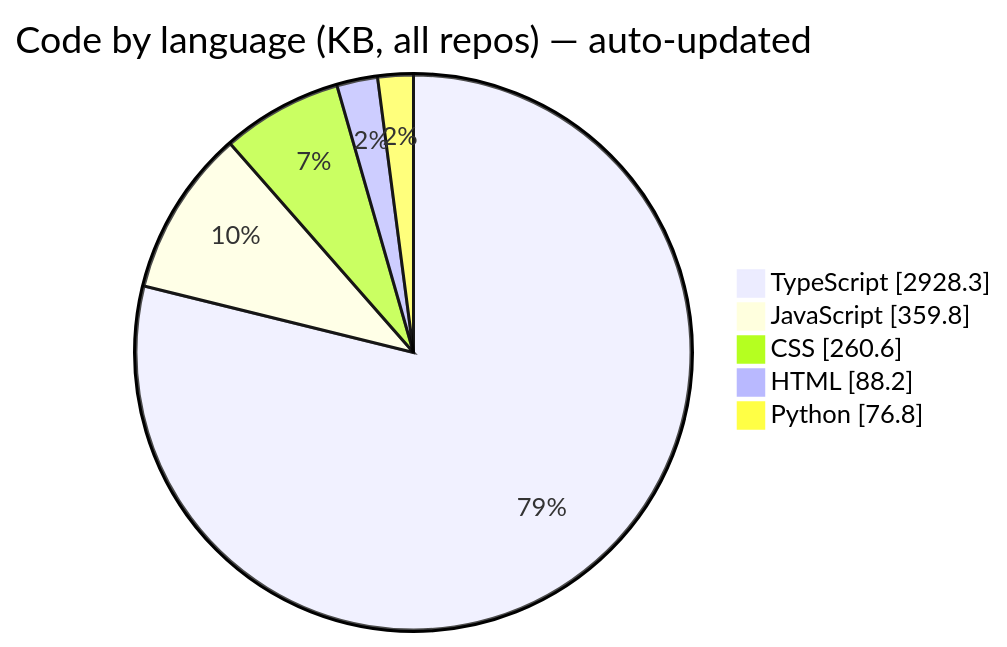
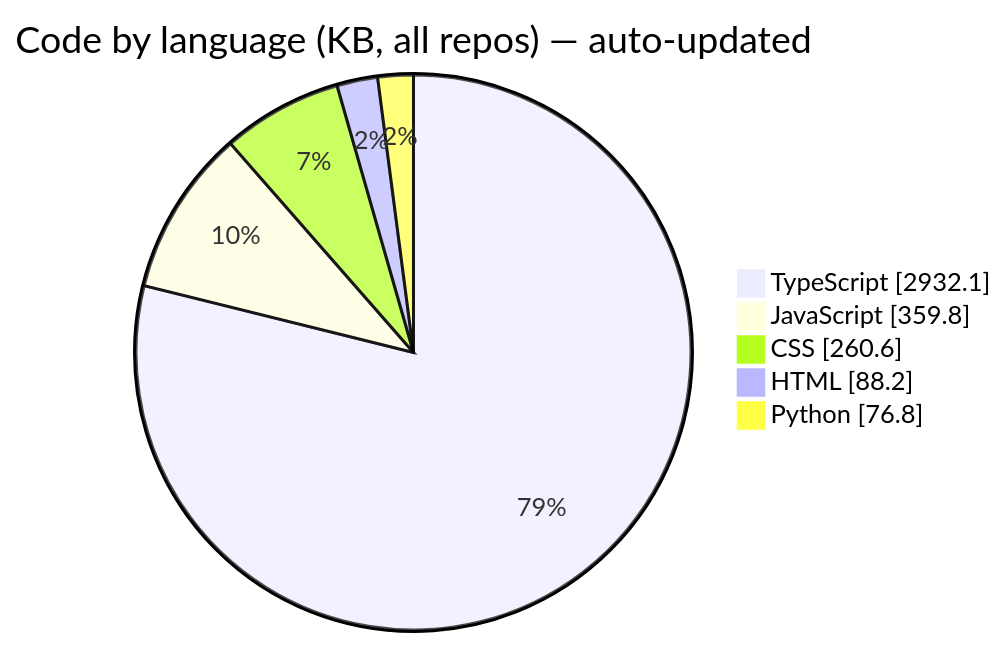
The third of 6 diagrams in README.md (Manashjyoti-Bora/Manashjyoti-Bora), drawn with Mermaid before and after one commit. The commit also changed other lines of this file and 2 other files, not shown here.

````diff
--- a/README.md
+++ b/README.md
@@ -196,9 +196,9 @@
 ```mermaid
 pie showData
     title Code by language (KB, all repos) — auto-updated
-    "TypeScript" : 2928.3
+    "TypeScript" : 2932.1
     "JavaScript" : 359.8
     "CSS" : 260.6
     "HTML" : 88.2
     "Python" : 76.8
 ```
````
